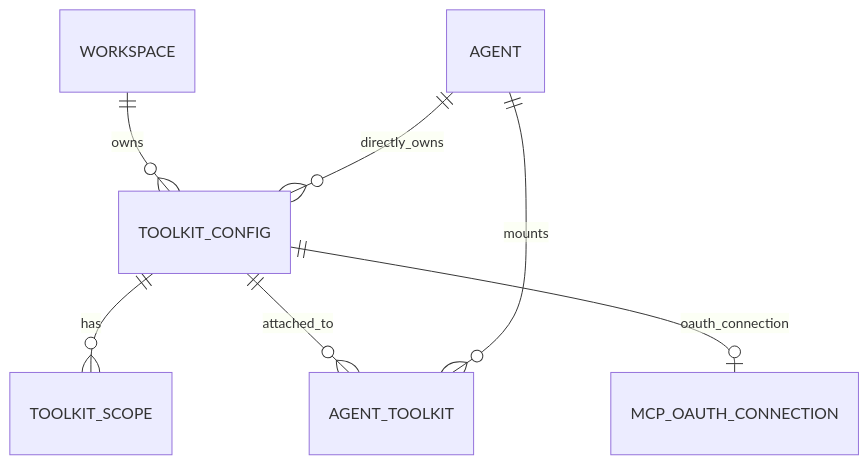
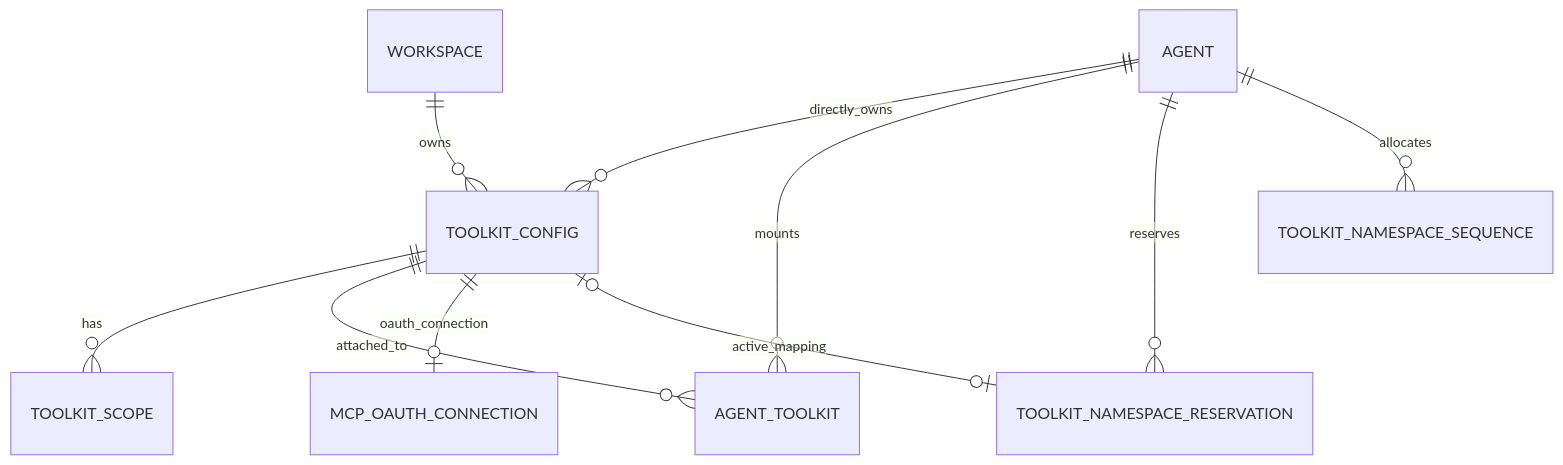
The first of 4 diagrams in docs/azents/spec/domain/toolkit.md (azents/azents), drawn with Mermaid before and after one commit. The commit also changed other lines of this file and 60 other files, not shown here.

````diff
--- a/docs/azents/spec/domain/toolkit.md
+++ b/docs/azents/spec/domain/toolkit.md
@@ -163,9 +165,12 @@
 ```mermaid
 erDiagram
     WORKSPACE ||--o{ TOOLKIT_CONFIG : owns
     AGENT ||--o{ TOOLKIT_CONFIG : directly_owns
     TOOLKIT_CONFIG ||--o{ TOOLKIT_SCOPE : has
     TOOLKIT_CONFIG ||--o{ AGENT_TOOLKIT : attached_to
     TOOLKIT_CONFIG ||--o| MCP_OAUTH_CONNECTION : oauth_connection
     AGENT ||--o{ AGENT_TOOLKIT : mounts
+    AGENT ||--o{ TOOLKIT_NAMESPACE_RESERVATION : reserves
+    AGENT ||--o{ TOOLKIT_NAMESPACE_SEQUENCE : allocates
+    TOOLKIT_CONFIG o|--o| TOOLKIT_NAMESPACE_RESERVATION : active_mapping
 ```
````
